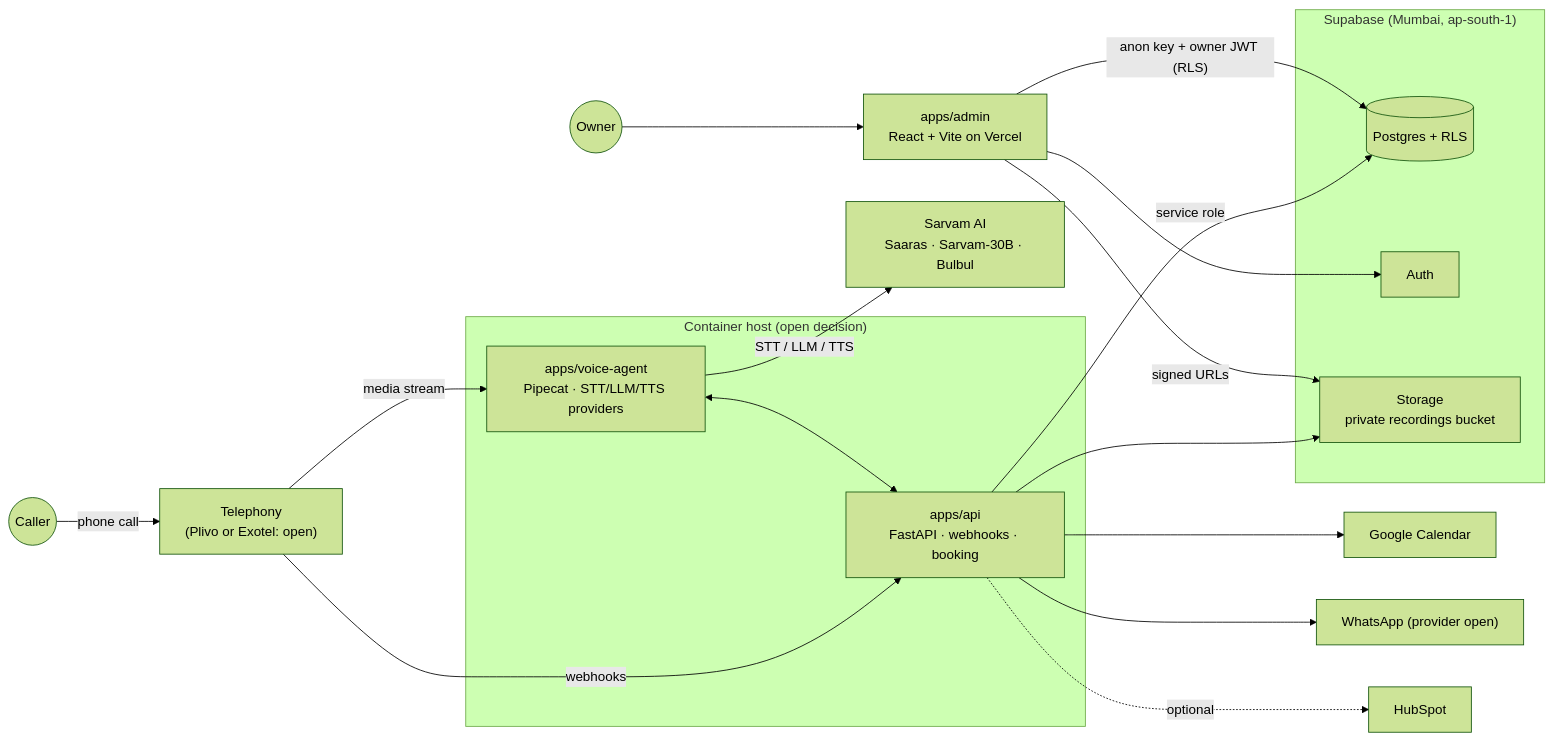
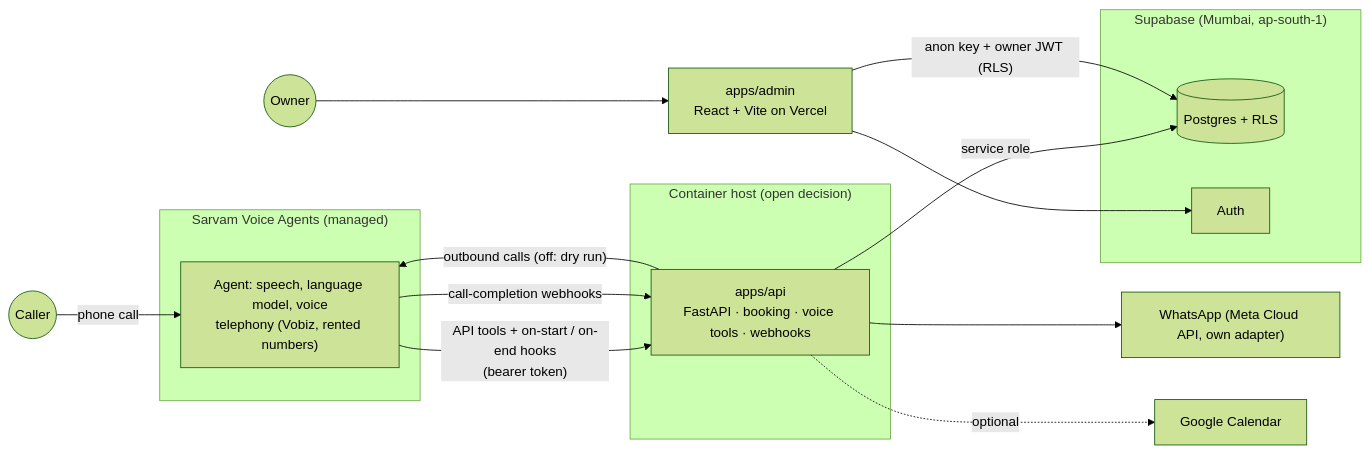
The diagram in README.md (Monica2405/SalesBot), drawn with Mermaid (forest theme) before and after one commit. The commit also changed other lines of this file and 5 other files, not shown here.

First line of the commit message:
docs: managed Sarvam voice is final; credit, spend guard and Step 3D findings

````diff
--- a/README.md
+++ b/README.md
@@ -15,31 +15,29 @@
 ```mermaid
 flowchart LR
-    caller((Caller)) -- phone call --> tel["Telephony<br/>(Plivo or Exotel: open)"]
-    tel -- media stream --> agent
+    caller((Caller)) -- phone call --> sarvam
+
+    subgraph sv["Sarvam Voice Agents (managed)"]
+        sarvam["Agent: speech, language model, voice<br/>telephony (Vobiz, rented numbers)"]
+    end
+
+    sarvam -- "API tools + on-start / on-end hooks<br/>(bearer token)" --> api
+    sarvam -- "call-completion webhooks" --> api
+    api -- "outbound calls (off: dry run)" --> sarvam
 
     subgraph host["Container host (open decision)"]
-        agent["apps/voice-agent<br/>Pipecat · STT/LLM/TTS providers"]
-        api["apps/api<br/>FastAPI · webhooks · booking"]
+        api["apps/api<br/>FastAPI · booking · voice tools · webhooks"]
     end
-
-    agent -- "STT / LLM / TTS" --> sarvam["Sarvam AI<br/>Saaras · Sarvam-30B · Bulbul"]
-    tel -- webhooks --> api
-    agent <--> api
 
     subgraph supa["Supabase (Mumbai, ap-south-1)"]
         db[("Postgres + RLS")]
         auth["Auth"]
-        storage["Storage<br/>private recordings bucket"]
     end
 
     api -- service role --> db
-    api --> storage
-    api --> gcal["Google Calendar"]
-    api --> wa["WhatsApp (provider open)"]
-    api -. optional .-> hs["HubSpot"]
+    api --> wa["WhatsApp (Meta Cloud API, own adapter)"]
+    api -. optional .-> gcal["Google Calendar"]
 
     owner((Owner)) --> admin["apps/admin<br/>React + Vite on Vercel"]
     admin -- "anon key + owner JWT (RLS)" --> db
     admin --> auth
-    admin -- signed URLs --> storage
 ```
````
